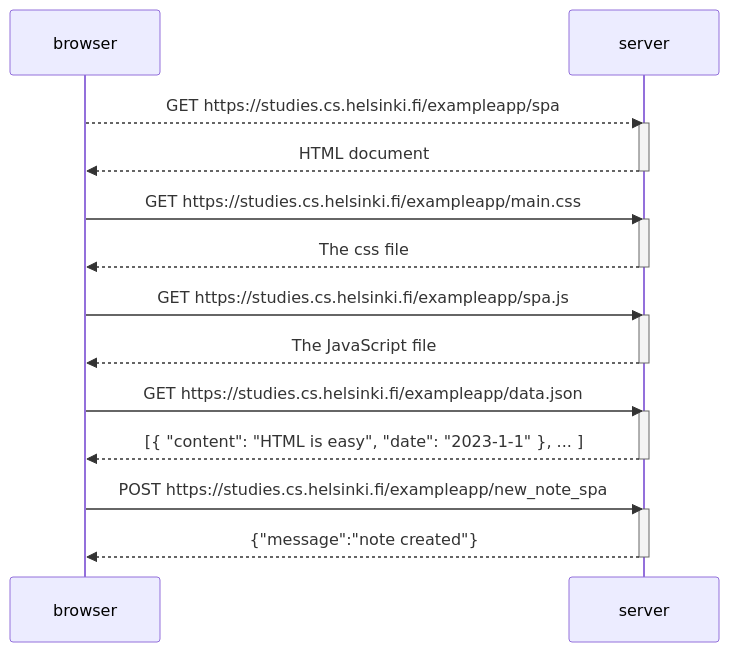
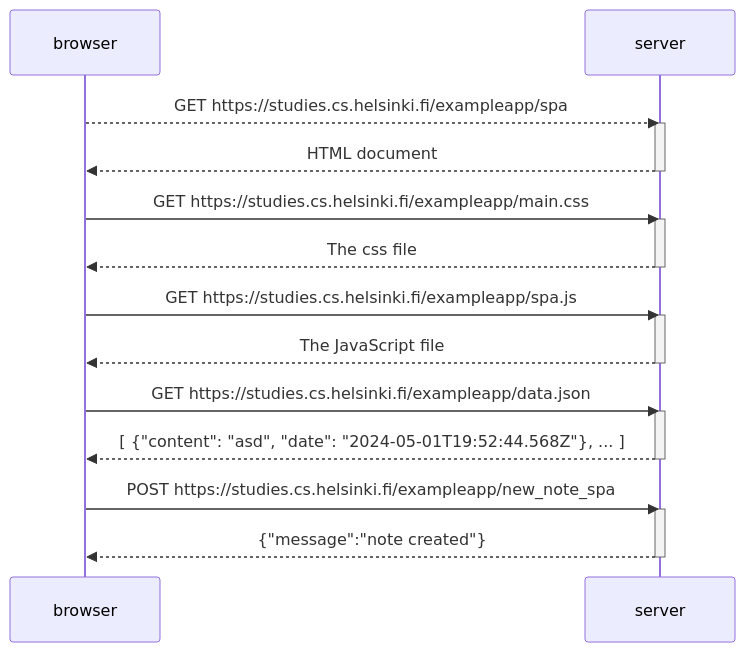
The diagram in part0/0.6_exercise.md (NaziruAI/full_stack_open), drawn with Mermaid before and after one commit. The commit also changed 1 other file, not shown here.

Commit message:
Update 0.5 and 0.6

````diff
--- a/part0/0.6_exercise.md
+++ b/part0/0.6_exercise.md
@@ -3,33 +3,33 @@
 ```mermaid
 sequenceDiagram
     participant browser
     participant server
 
     browser -->>server: GET https://studies.cs.helsinki.fi/exampleapp/spa
     activate server
     server-->>browser: HTML document
     deactivate server
 
     browser->>server: GET https://studies.cs.helsinki.fi/exampleapp/main.css
     activate server
     server-->>browser: The css file
     deactivate server
 
     browser->>server: GET https://studies.cs.helsinki.fi/exampleapp/spa.js
     activate server
     server-->>browser: The JavaScript file
     deactivate server
 
 
     browser->>server: GET https://studies.cs.helsinki.fi/exampleapp/data.json
     activate server
-    server-->>browser: [{ "content": "HTML is easy", "date": "2023-1-1" }, ... ]
+    server-->>browser: [  {"content": "asd", "date": "2024-05-01T19:52:44.568Z"}, ... ]
     deactivate server
 
     browser->>server: POST https://studies.cs.helsinki.fi/exampleapp/new_note_spa
     activate server
     server-->>browser: {"message":"note created"}
     deactivate server
 
     
 ```
````
